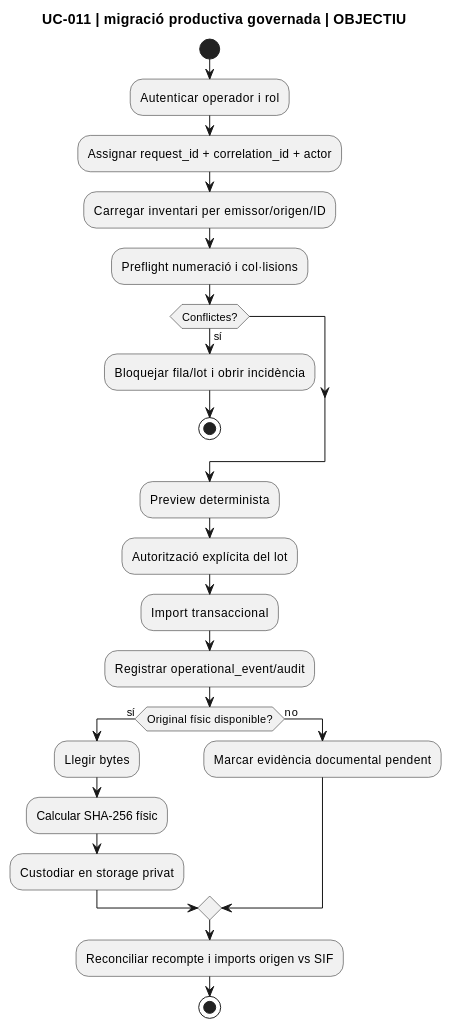
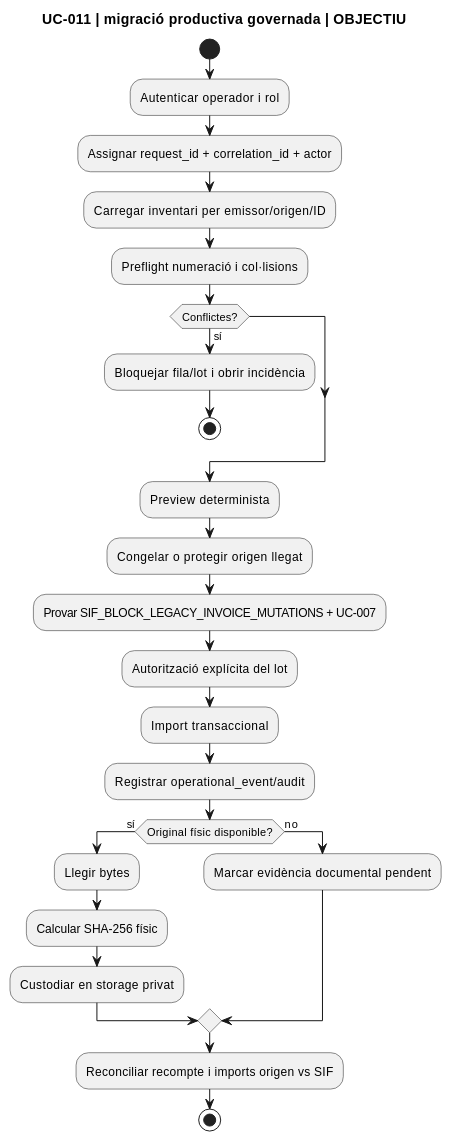
One commit to orgmeriemprismacat-del/verifactu changed the seventh of 7 diagrams in documentacio/07-uml-integrat/uc-011-activitats-actual-final.md. Above: the diagram before and after it, drawn with PlantUML. The commit also changed other lines of this file, not shown here.

Commit message:
docs(uc-011): add legacy upstream activities and cut-over

```diff
--- a/documentacio/07-uml-integrat/uc-011-activitats-actual-final.md
+++ b/documentacio/07-uml-integrat/uc-011-activitats-actual-final.md
@@ -147,27 +190,29 @@
 ~~~plantuml
 @startuml
 title UC-011 | migració productiva governada | OBJECTIU
 start
 :Autenticar operador i rol;
 :Assignar request_id + correlation_id + actor;
 :Carregar inventari per emissor/origen/ID;
 :Preflight numeració i col·lisions;
 if (Conflictes?) then (sí)
   :Bloquejar fila/lot i obrir incidència;
   stop
 endif
 :Preview determinista;
+:Congelar o protegir origen llegat;
+:Provar SIF_BLOCK_LEGACY_INVOICE_MUTATIONS + UC-007;
 :Autorització explícita del lot;
 :Import transaccional;
 :Registrar operational_event/audit;
 if (Original físic disponible?) then (sí)
   :Llegir bytes;
   :Calcular SHA-256 físic;
   :Custodiar en storage privat;
 else (no)
   :Marcar evidència documental pendent;
 endif
 :Reconciliar recompte i imports origen vs SIF;
 stop
 @enduml
 ~~~
```
